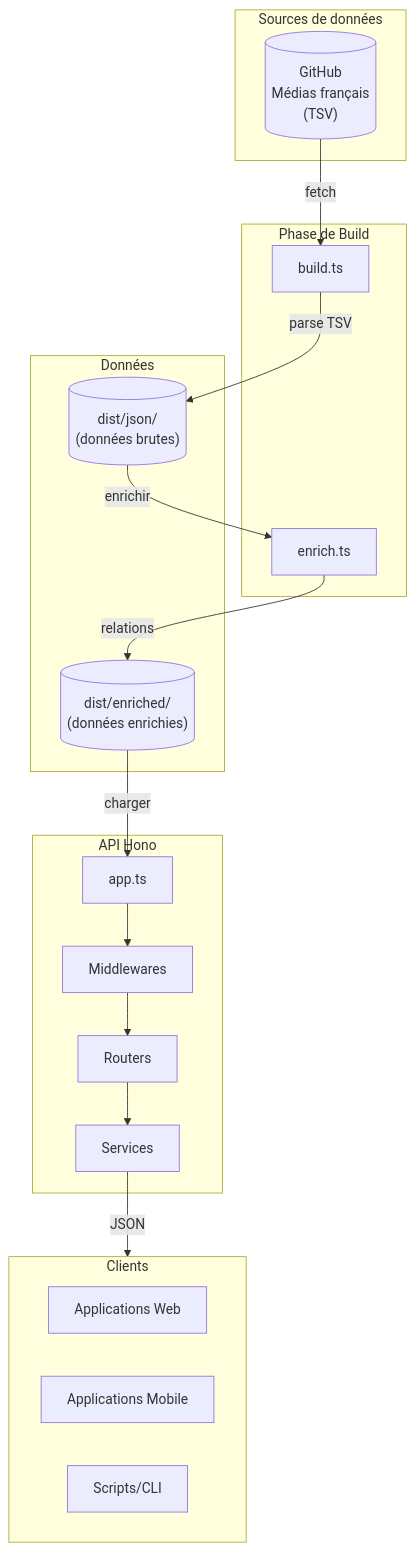
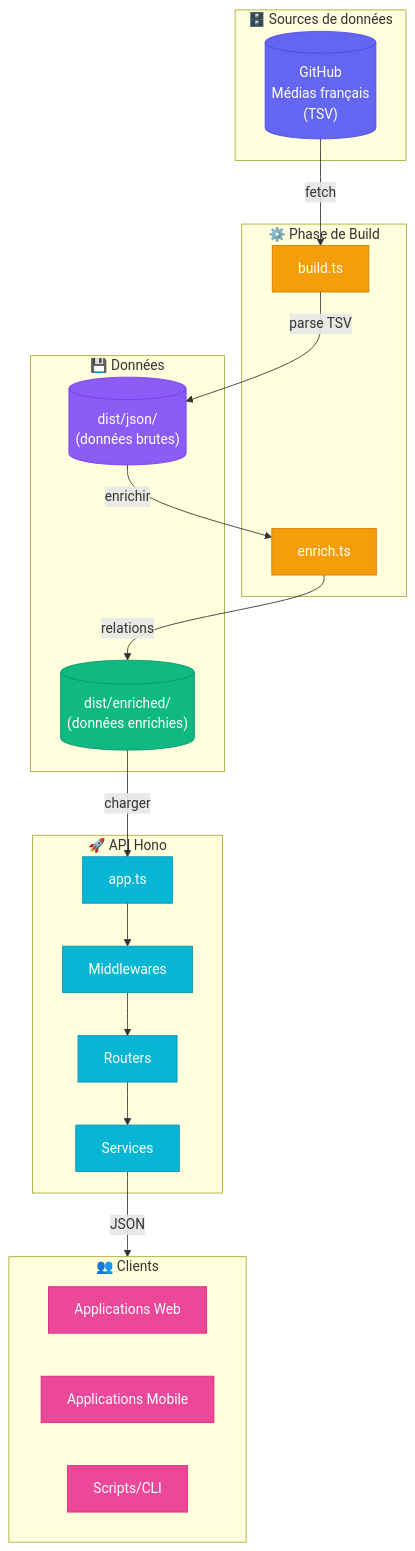
Before and after one commit to cedric-famibelle-pronzola/medias-francais-api: the first of 14 diagrams in docs/diagrams.md, drawn with Mermaid. The commit also changed other lines of this file, not shown here.

Commit message:
docs: improve mermaid styles

````diff
--- a/docs/diagrams.md
+++ b/docs/diagrams.md
@@ -20,39 +20,52 @@
 ```mermaid
 flowchart TB
-    subgraph Sources["Sources de données"]
+    subgraph Sources["🗄️ Sources de données"]
         GH[("GitHub<br/>Médias français<br/>(TSV)")]
     end
 
-    subgraph Build["Phase de Build"]
+    subgraph Build["⚙️ Phase de Build"]
         B1[build.ts]
         B2[enrich.ts]
     end
 
-    subgraph Data["Données"]
+    subgraph Data["💾 Données"]
         JSON1[("dist/json/<br/>(données brutes)")]
         JSON2[("dist/enriched/<br/>(données enrichies)")]
     end
 
-    subgraph API["API Hono"]
+    subgraph API["🚀 API Hono"]
         APP[app.ts]
         MW[Middlewares]
         RT[Routers]
         SV[Services]
     end
 
-    subgraph Clients["Clients"]
+    subgraph Clients["👥 Clients"]
         WEB[Applications Web]
         MOB[Applications Mobile]
         CLI[Scripts/CLI]
     end
 
     GH -->|fetch| B1
     B1 -->|parse TSV| JSON1
     JSON1 -->|enrichir| B2
     B2 -->|relations| JSON2
     JSON2 -->|charger| APP
     APP --> MW
     MW --> RT
     RT --> SV
     SV -->|JSON| Clients
+
+    style GH fill:#6366f1,stroke:#4f46e5,color:#fff
+    style B1 fill:#f59e0b,stroke:#d97706,color:#fff
+    style B2 fill:#f59e0b,stroke:#d97706,color:#fff
+    style JSON1 fill:#8b5cf6,stroke:#7c3aed,color:#fff
+    style JSON2 fill:#10b981,stroke:#059669,color:#fff
+    style APP fill:#06b6d4,stroke:#0891b2,color:#fff
+    style MW fill:#06b6d4,stroke:#0891b2,color:#fff
+    style RT fill:#06b6d4,stroke:#0891b2,color:#fff
+    style SV fill:#06b6d4,stroke:#0891b2,color:#fff
+    style WEB fill:#ec4899,stroke:#db2777,color:#fff
+    style MOB fill:#ec4899,stroke:#db2777,color:#fff
+    style CLI fill:#ec4899,stroke:#db2777,color:#fff
 ```
````
